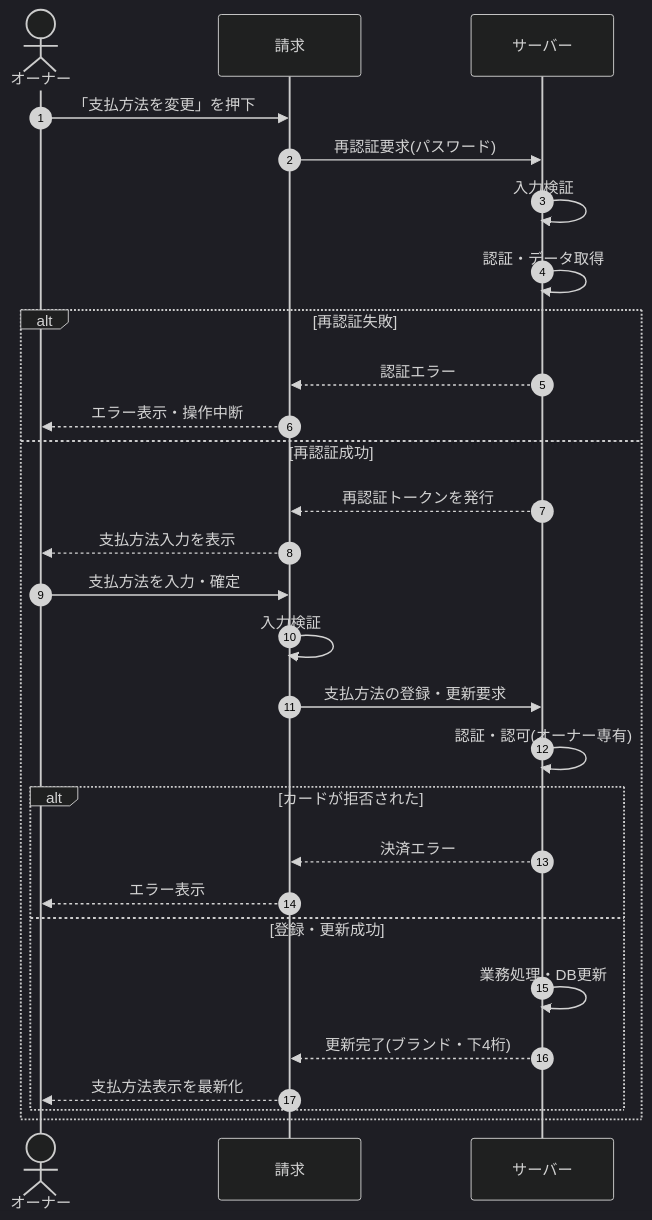
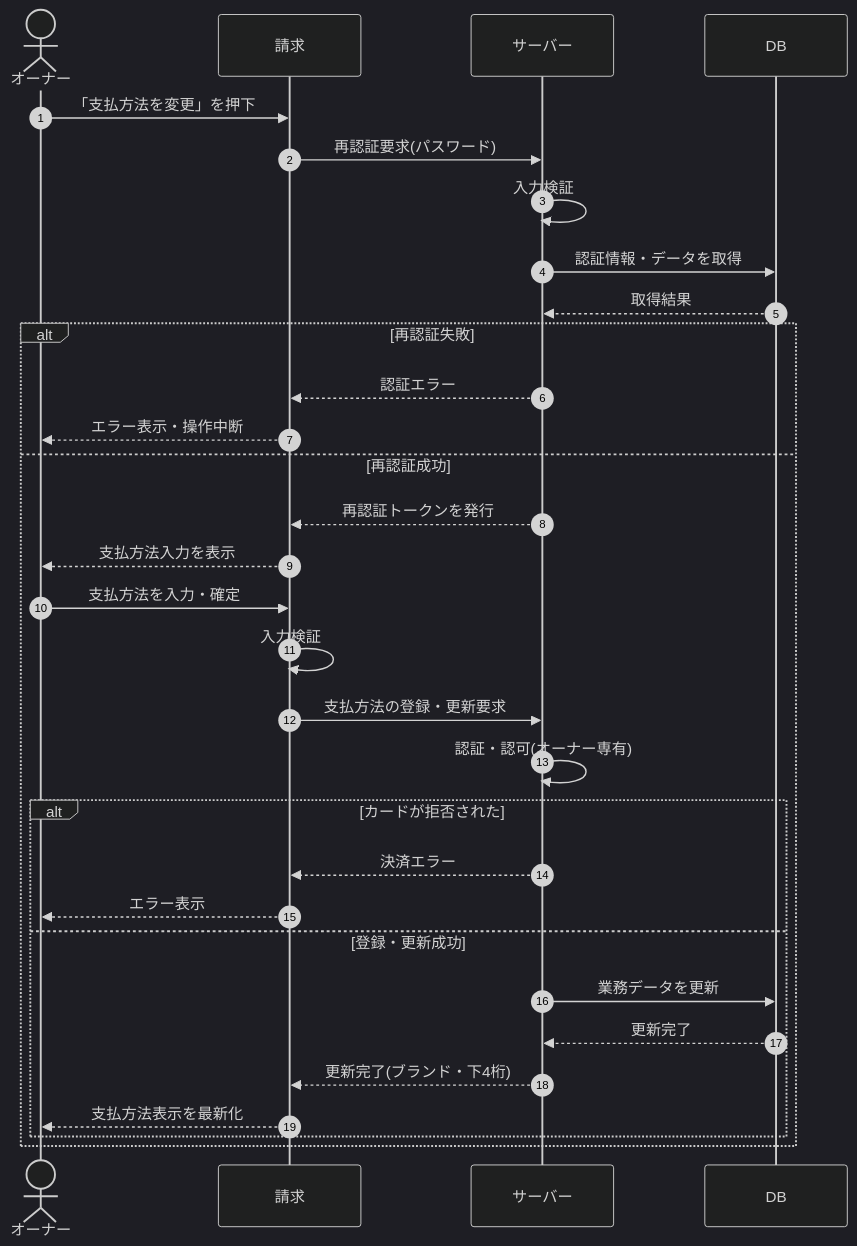
The diagram in 02_basic_design/03_sequences/SEQ-082.md (sikakou54/open-faq), drawn with Mermaid (dark theme) before and after one commit. The commit also changed other lines of this file and 122 other files, not shown here.

First line of the commit message:
シーケンス図に DB アクターを追加(DB 操作をサーバー自己メッセージから分離)

````diff
--- a/02_basic_design/03_sequences/SEQ-082.md
+++ b/02_basic_design/03_sequences/SEQ-082.md
@@ -26,30 +26,33 @@
 ```mermaid
 sequenceDiagram
   autonumber
   actor U as オーナー
   participant Screen as 請求
   participant Server as サーバー
+  participant DB as DB
   U->>Screen: 「支払方法を変更」を押下
   Screen->>Server: 再認証要求(パスワード)
   Server->>Server: 入力検証
-  Server->>Server: 認証・データ取得
+  Server->>DB: 認証情報・データを取得
+  DB-->>Server: 取得結果
   alt 再認証失敗
     Server-->>Screen: 認証エラー
     Screen-->>U: エラー表示・操作中断
   else 再認証成功
     Server-->>Screen: 再認証トークンを発行
     Screen-->>U: 支払方法入力を表示
     U->>Screen: 支払方法を入力・確定
     Screen->>Screen: 入力検証
     Screen->>Server: 支払方法の登録・更新要求
     Server->>Server: 認証・認可(オーナー専有)
     alt カードが拒否された
       Server-->>Screen: 決済エラー
       Screen-->>U: エラー表示
     else 登録・更新成功
-      Server->>Server: 業務処理・DB更新
+      Server->>DB: 業務データを更新
+      DB-->>Server: 更新完了
       Server-->>Screen: 更新完了(ブランド・下4桁)
       Screen-->>U: 支払方法表示を最新化
     end
   end
 ```
````
